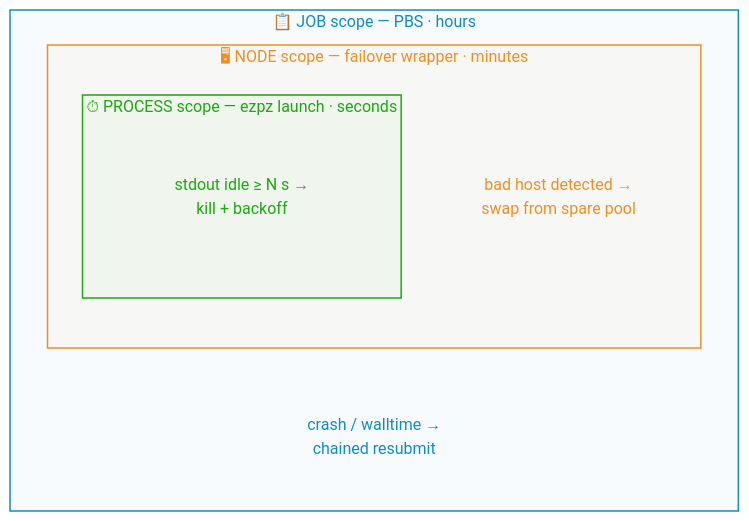
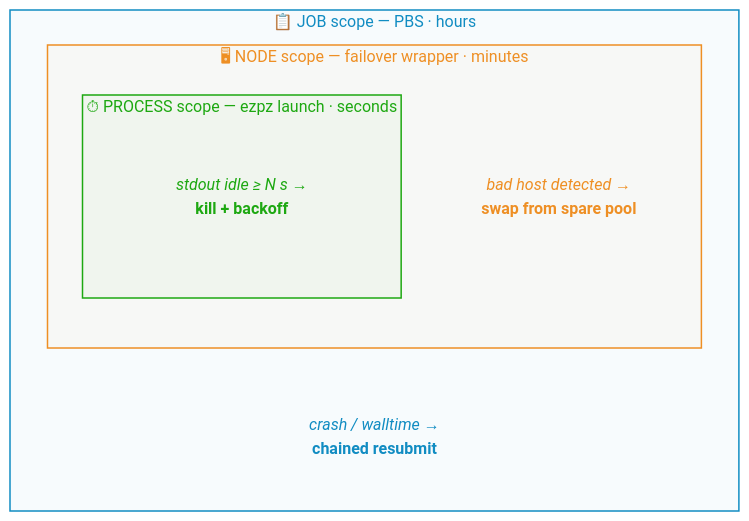
The third of 5 diagrams in web/src/pages/talks/2026/06/03/index.mdx (saforem2/sam.onl), drawn with Mermaid before and after one commit. The commit also changed other lines of this file, not shown here.

Commit message:
style(restart-cascade): italicize events + bold actions in mermaid labels

````diff
--- a/web/src/pages/talks/2026/06/03/index.mdx
+++ b/web/src/pages/talks/2026/06/03/index.mdx
@@ -597,25 +597,25 @@
 ```mermaid
 flowchart TB
     subgraph job["📋 JOB scope — PBS · hours"]
-        JOB_TXT["crash / walltime →<br/>chained resubmit"]
+        JOB_TXT["<i>crash / walltime</i> →<br/><b>chained resubmit</b>"]
         subgraph node["🖥 NODE scope — failover wrapper · minutes"]
-            NODE_TXT["bad host detected →<br/>swap from spare pool"]
+            NODE_TXT["<i>bad host detected</i> →<br/><b>swap from spare pool</b>"]
             subgraph proc["⏱ PROCESS scope — ezpz launch · seconds"]
-                PROC_TXT["stdout idle ≥ N s →<br/>kill + backoff"]
+                PROC_TXT["<i>stdout idle ≥ N s</i> →<br/><b>kill + backoff</b>"]
             end
         end
     end
 
     classDef jobC  fill:#118cc208,stroke:#118cc2,color:#118cc2,stroke-width:1.5px
     classDef nodeC fill:#ee8f2408,stroke:#ee8f24,color:#ee8f24,stroke-width:1.5px
     classDef procC fill:#1da81108,stroke:#1da811,color:#1da811,stroke-width:1.5px
     classDef jobTxt  fill:transparent,stroke:none,color:#118cc2
     classDef nodeTxt fill:transparent,stroke:none,color:#ee8f24
     classDef procTxt fill:transparent,stroke:none,color:#1da811
     class JOB_TXT jobTxt
     class NODE_TXT nodeTxt
     class PROC_TXT procTxt
     class job jobC
     class node nodeC
     class proc procC
 ```
````
